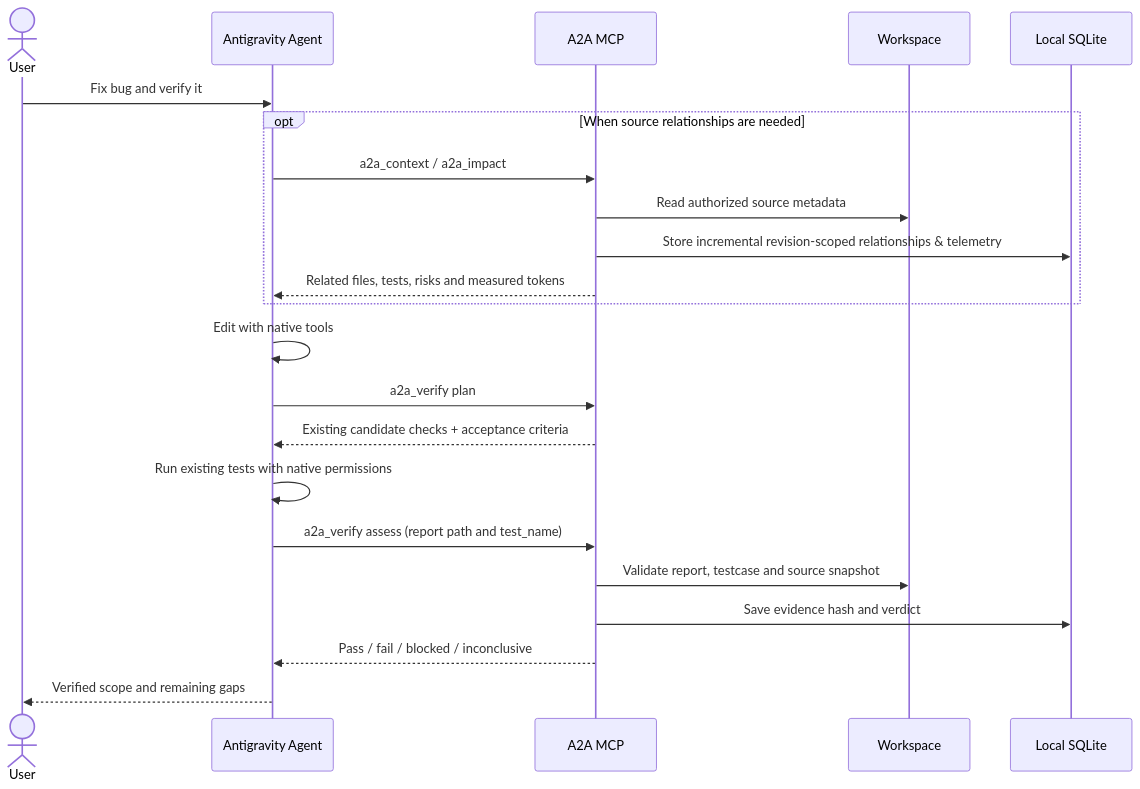
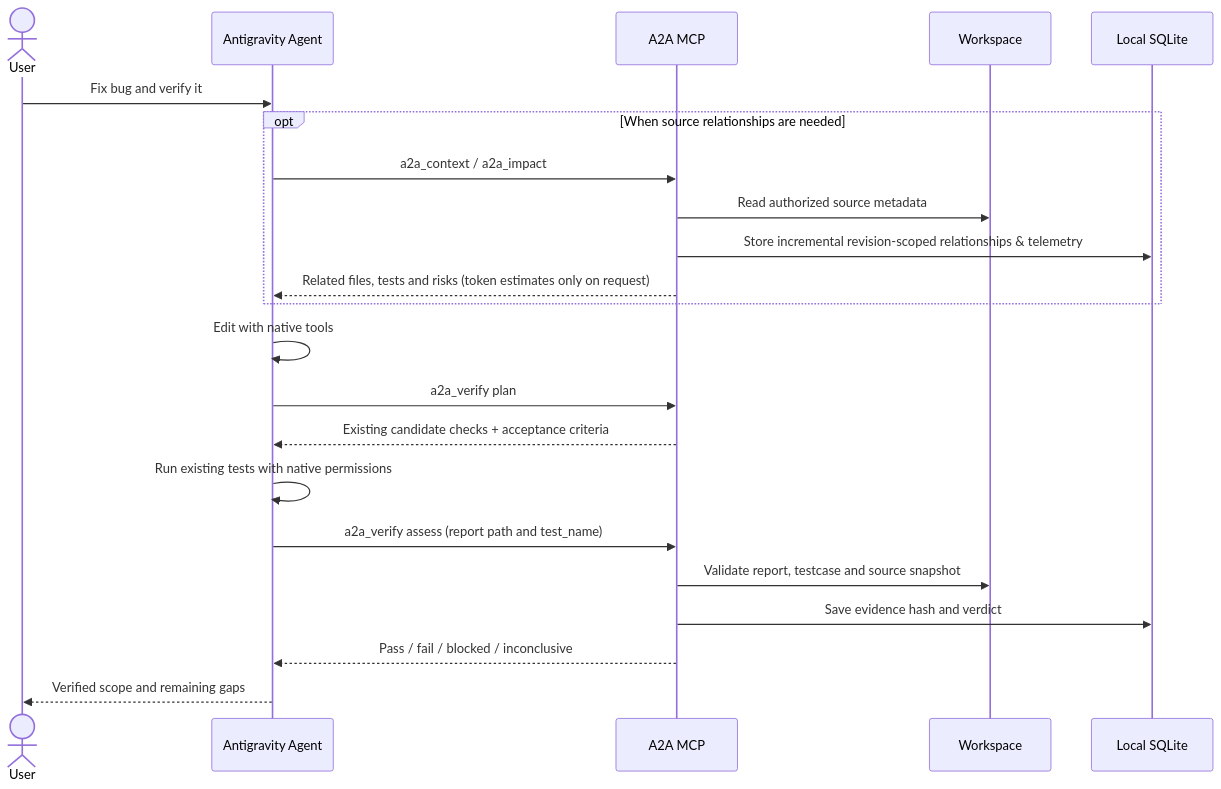
Before and after one commit to alifakbxr/a2a: the diagram in docs/ARCHITECTURE.md, drawn with Mermaid. The commit also changed other lines of this file and 17 other files, not shown here.

````diff
--- a/docs/ARCHITECTURE.md
+++ b/docs/ARCHITECTURE.md
@@ -26,24 +26,24 @@
 ```mermaid
 sequenceDiagram
   actor User
   participant AG as Antigravity Agent
   participant A2A as A2A MCP
   participant FS as Workspace
   participant DB as Local SQLite
   User->>AG: Fix bug and verify it
   opt When source relationships are needed
     AG->>A2A: a2a_context / a2a_impact
     A2A->>FS: Read authorized source metadata
     A2A->>DB: Store incremental revision-scoped relationships & telemetry
-    A2A-->>AG: Related files, tests, risks and measured tokens
+    A2A-->>AG: Related files, tests and risks (token estimates only on request)
   end
   AG->>AG: Edit with native tools
   AG->>A2A: a2a_verify plan
   A2A-->>AG: Existing candidate checks + acceptance criteria
   AG->>AG: Run existing tests with native permissions
   AG->>A2A: a2a_verify assess (report path and test_name)
   A2A->>FS: Validate report, testcase and source snapshot
   A2A->>DB: Save evidence hash and verdict
   A2A-->>AG: Pass / fail / blocked / inconclusive
   AG-->>User: Verified scope and remaining gaps
 ```
````
